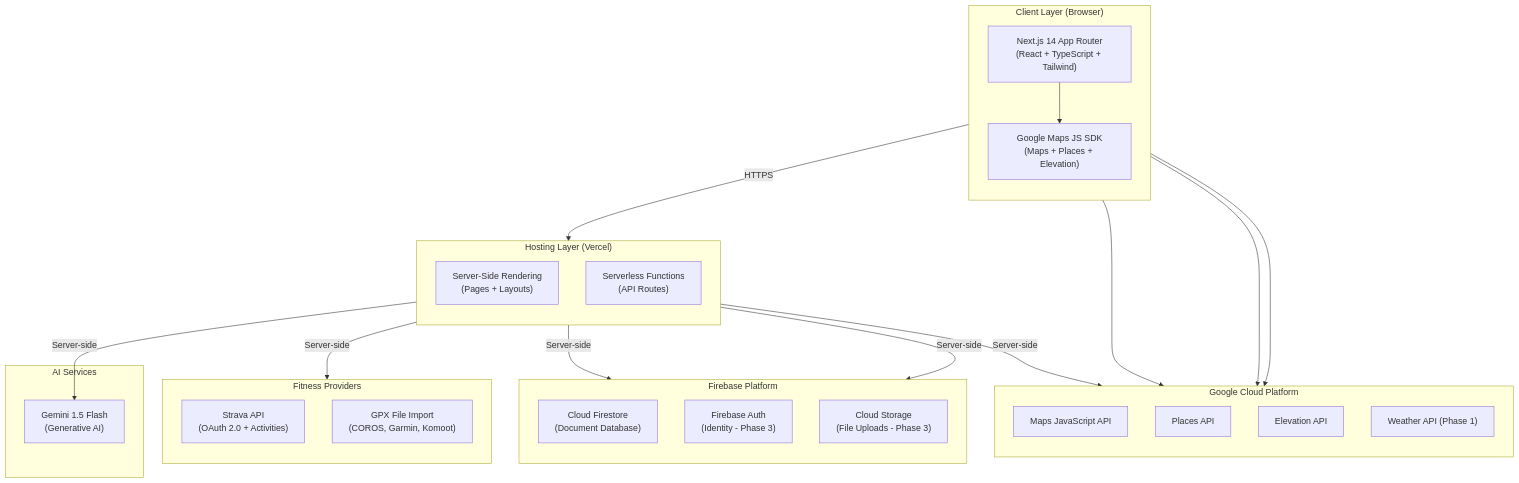
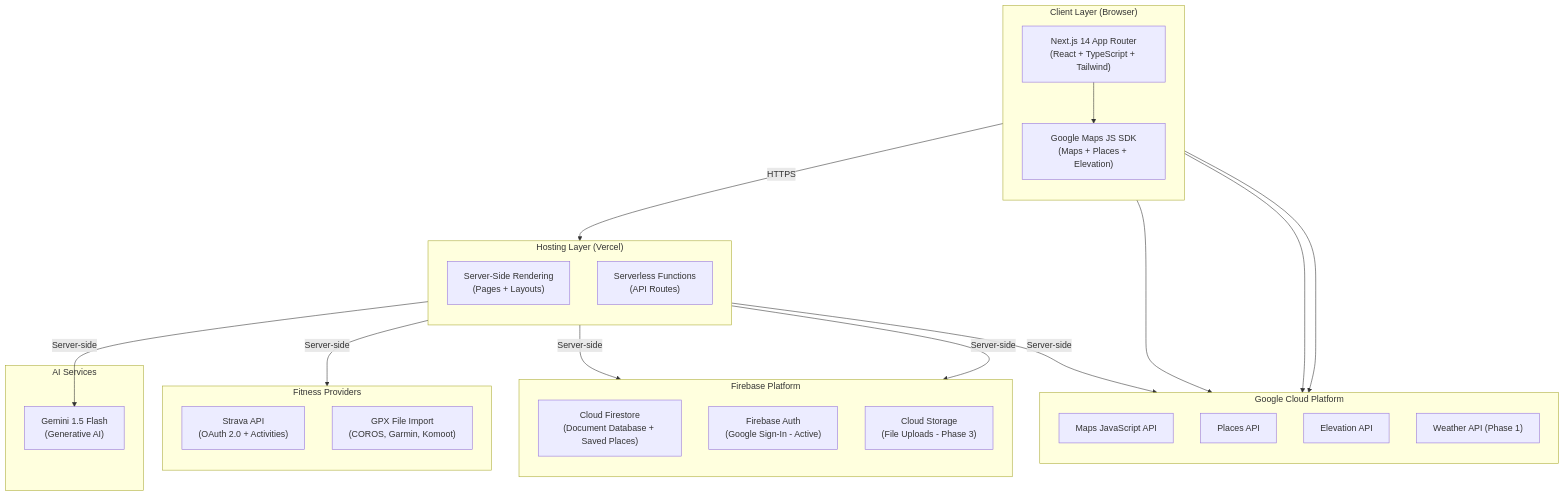
Before and after one commit to Oweeboi011/Fit-Ready-IQ: the first of 15 diagrams in docs/wiki/ARCHITECTURE.md, drawn with Mermaid. The commit also changed 31 other files, not shown here.

````diff
--- a/docs/wiki/ARCHITECTURE.md
+++ b/docs/wiki/ARCHITECTURE.md
@@ -15,51 +15,51 @@
 ```mermaid
 graph TB
     subgraph Client["Client Layer (Browser)"]
         direction TB
         NextApp["Next.js 14 App Router<br/>(React + TypeScript + Tailwind)"]
         MapsSDK["Google Maps JS SDK<br/>(Maps + Places + Elevation)"]
     end
 
     subgraph Vercel["Hosting Layer (Vercel)"]
         direction TB
         SSR["Server-Side Rendering<br/>(Pages + Layouts)"]
         SR["Serverless Functions<br/>(API Routes)"]
     end
 
     subgraph GoogleCloud["Google Cloud Platform"]
         direction TB
         MapsAPI["Maps JavaScript API"]
         PlacesAPI["Places API"]
         ElevationAPI["Elevation API"]
         WeatherAPI["Weather API (Phase 1)"]
     end
 
     subgraph Firebase["Firebase Platform"]
         direction TB
-        Firestore["Cloud Firestore<br/>(Document Database)"]
-        FireAuth["Firebase Auth<br/>(Identity - Phase 3)"]
+        Firestore["Cloud Firestore<br/>(Document Database + Saved Places)"]
+        FireAuth["Firebase Auth<br/>(Google Sign-In - Active)"]
         FireStorage["Cloud Storage<br/>(File Uploads - Phase 3)"]
     end
 
     subgraph Providers["Fitness Providers"]
         direction TB
         StravaAPI["Strava API<br/>(OAuth 2.0 + Activities)"]
         GPXFiles["GPX File Import<br/>(COROS, Garmin, Komoot)"]
     end
 
     subgraph AI["AI Services"]
         GeminiAPI["Gemini 1.5 Flash<br/>(Generative AI)"]
     end
 
     Client -->|HTTPS| Vercel
     NextApp --> MapsSDK
     MapsSDK --> MapsAPI
     MapsSDK --> PlacesAPI
     MapsSDK --> ElevationAPI
 
     SR -->|Server-side| WeatherAPI
     SR -->|Server-side| GeminiAPI
     SR -->|Server-side| StravaAPI
     SR -->|Server-side| Firestore
     SR -->|Server-side| FireAuth
 ```
````
